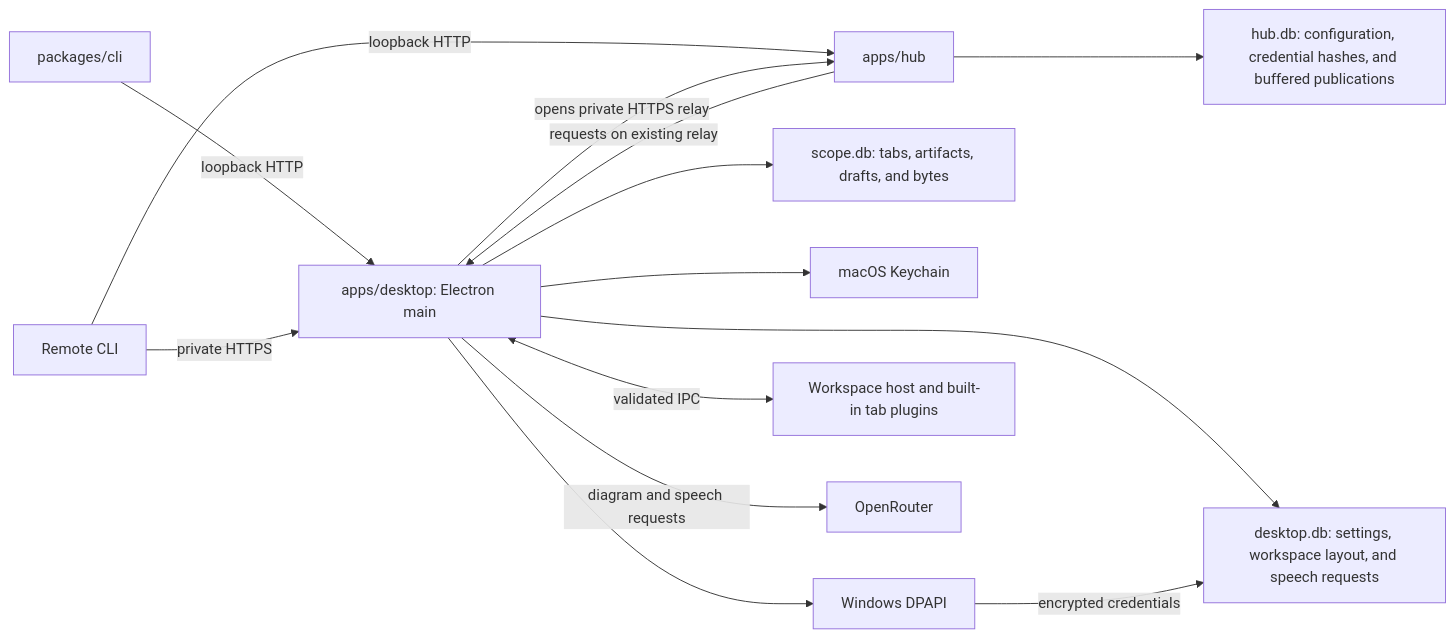
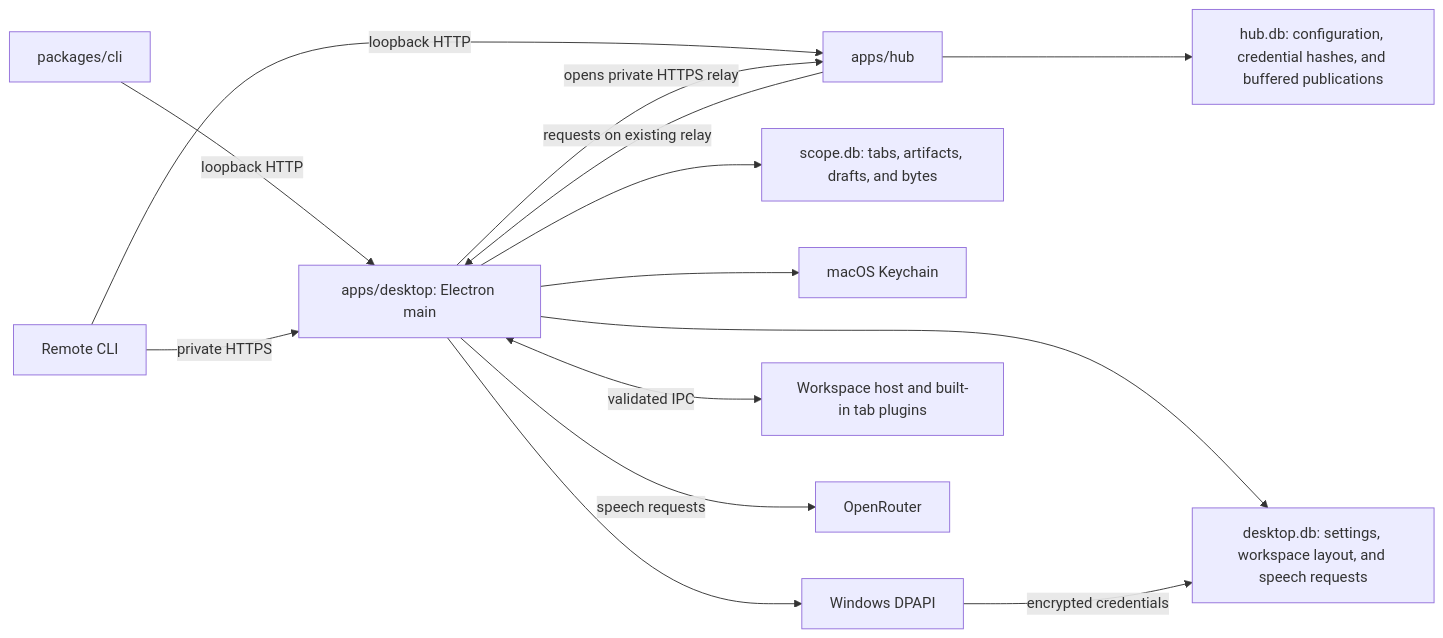
Before and after one commit to alundgren/irudd-scope: the first of 2 diagrams in docs/architecture.md, drawn with Mermaid. The commit also changed other lines of this file and 120 other files, not shown here.

First line of the commit message:
feat!: replace agent diagrams with a personal Sketchpad

````diff
--- a/docs/architecture.md
+++ b/docs/architecture.md
@@ -8,16 +8,16 @@
 ```mermaid
 flowchart LR
     CLI[packages/cli] -->|loopback HTTP| Desktop[apps/desktop: Electron main]
     Remote[Remote CLI] -->|private HTTPS| Desktop
     Remote -->|loopback HTTP| Hub[apps/hub]
     Desktop -->|opens private HTTPS relay| Hub
     Hub -->|requests on existing relay| Desktop
     Hub --> HubSettings[hub.db: configuration, credential hashes, and buffered publications]
     Desktop --> Artifacts[scope.db: tabs, artifacts, drafts, and bytes]
     Desktop --> Preferences[desktop.db: settings, workspace layout, and speech requests]
     Desktop --> Keychain[macOS Keychain]
     Desktop --> DPAPI[Windows DPAPI]
     DPAPI -->|encrypted credentials| Preferences
     Desktop <-->|validated IPC| UI[Workspace host and built-in tab plugins]
-    Desktop -->|diagram and speech requests| Provider[OpenRouter]
+    Desktop -->|speech requests| Provider[OpenRouter]
 ```
````
